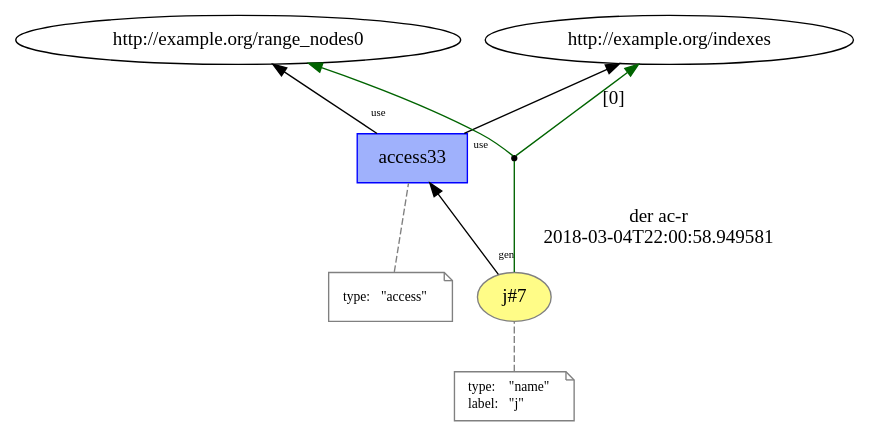
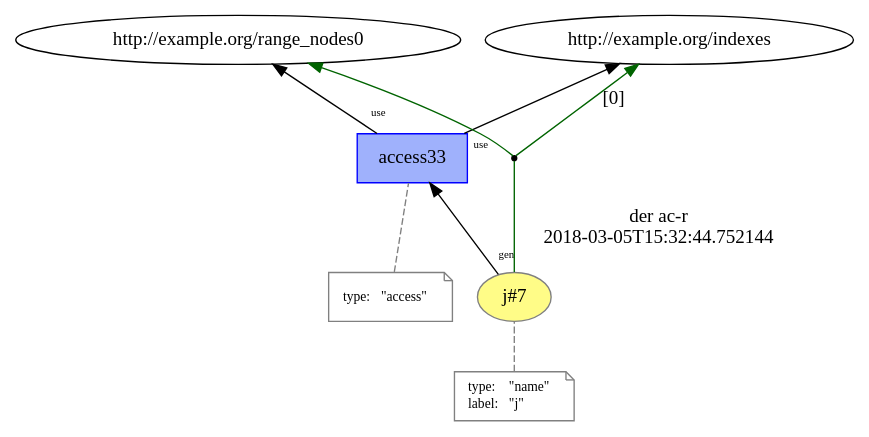
One commit to dew-uff/versioned-prov changed the diagram in images/intertwined_prov/temp/L13__loop_access_7.dot. Above: the diagram before and after it, drawn with Graphviz. The commit also changed 1735 other files, not shown here.

```diff
--- a/images/intertwined_prov/temp/L13__loop_access_7.dot
+++ b/images/intertwined_prov/temp/L13__loop_access_7.dot
@@ -1,30 +1,30 @@
 digraph "PROV" { size="16,12"; rankdir="BT";
 "http://example.org/j#7" [fillcolor="#FFFC87",color="#808080",style="filled",label="j#7",URL="http://example.org/j#7"]
 "-attrs0" [color="gray",shape="note",fontsize="10",fontcolor="black",label=<<TABLE cellpadding="0" border="0">
 	<TR>
 	    <TD align="left">type:</TD>
 	    <TD align="left">&quot;name&quot;</TD>
 	</TR>
 	<TR>
 	    <TD align="left">label:</TD>
 	    <TD align="left">&quot;j&quot;</TD>
 	</TR>
 </TABLE>>]
 "-attrs0" -> "http://example.org/j#7" [color="gray",style="dashed",arrowhead="none"]
 "http://example.org/access33" [fillcolor="#9FB1FC",color="#0000FF",shape="polygon",sides="4",style="filled",label="access33",URL="http://example.org/access33"]
 "-attrs1" [color="gray",shape="note",fontsize="10",fontcolor="black",label=<<TABLE cellpadding="0" border="0">
 	<TR>
 	    <TD align="left">type:</TD>
 	    <TD align="left">&quot;access&quot;</TD>
 	</TR>
 </TABLE>>]
 "-attrs1" -> "http://example.org/access33" [color="gray",style="dashed",arrowhead="none"]
 "http://example.org/access33" -> "http://example.org/range_nodes0" [labelfontsize="8",labeldistance="1.5",labelangle="60.0",rotation="20",taillabel="use"]
 "bn0" [shape="point",label=""]
-"http://example.org/j#7" -> "bn0" [arrowhead="none",color="darkgreen",label="der ac-r
-2018-03-04T22:00:58.949581"]
+"http://example.org/j#7" -> "bn0" [arrowhead="none",label="der ac-r
+2018-03-05T15:32:44.752144",color="darkgreen"]
 "bn0" -> "http://example.org/indexes" [labelfontsize="8",labeldistance="1.5",color="darkgreen",labelangle="60.0",rotation="20",label="[0]"]
 "bn0" -> "http://example.org/range_nodes0" [color="darkgreen"]
 "http://example.org/j#7" -> "http://example.org/access33" [labelfontsize="8",labeldistance="1.5",labelangle="60.0",rotation="20",taillabel="gen"]
 "http://example.org/access33" -> "http://example.org/indexes" [labelfontsize="8",labeldistance="1.5",labelangle="60.0",rotation="20",taillabel="use"]
 }
```
